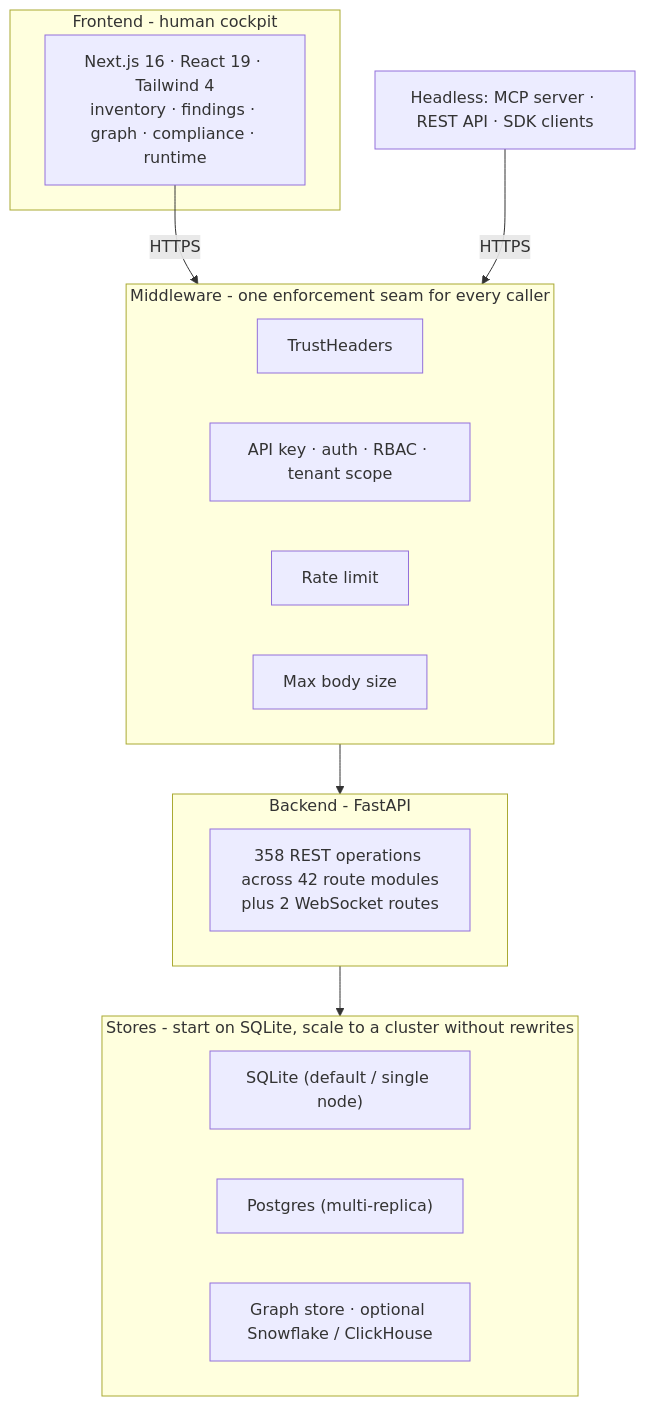
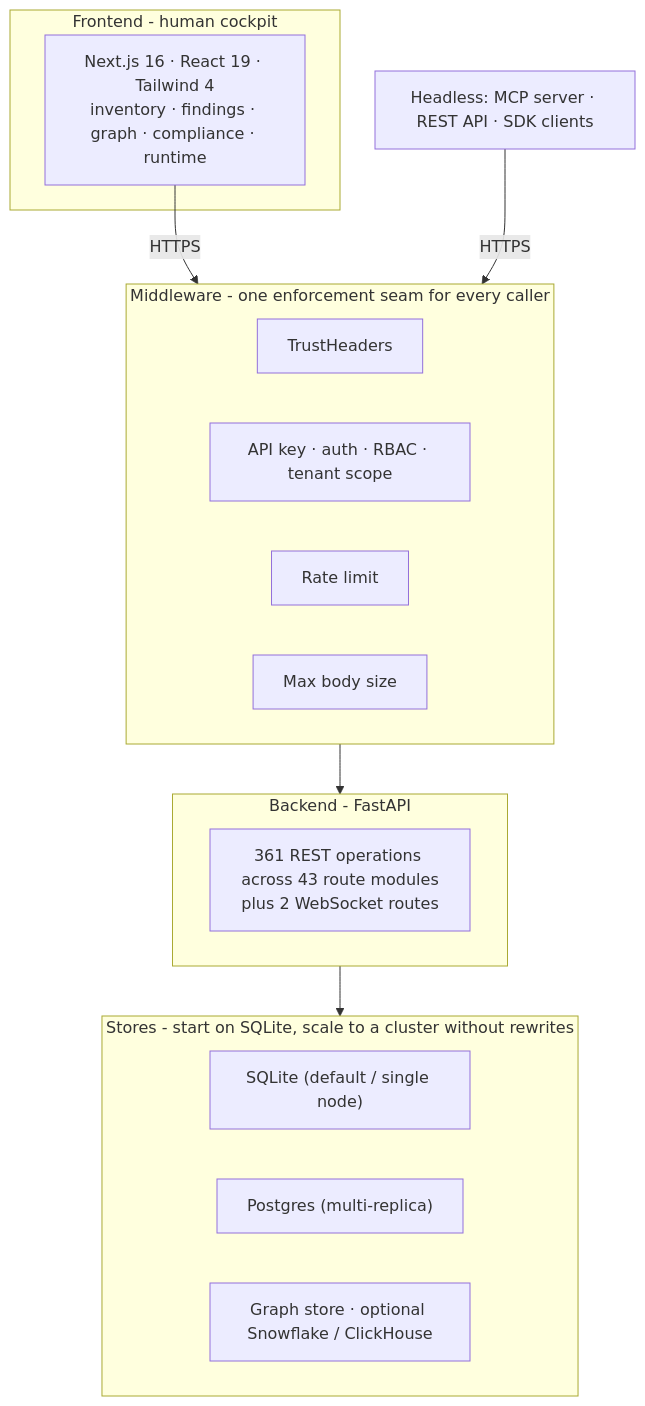
The fourth of 9 diagrams in docs/ARCHITECTURE.md (msaad00/agent-bom), drawn with Mermaid before and after one commit. The commit also changed 12 other files, not shown here.

````diff
--- a/docs/ARCHITECTURE.md
+++ b/docs/ARCHITECTURE.md
@@ -146,26 +146,27 @@
 ```mermaid
 flowchart TB
     subgraph FE["Frontend - human cockpit"]
         UI["Next.js 16 · React 19 · Tailwind 4\ninventory · findings · graph · compliance · runtime"]
     end
     subgraph MW["Middleware - one enforcement seam for every caller"]
         M1["TrustHeaders"]
         M2["API key · auth · RBAC · tenant scope"]
         M3["Rate limit"]
         M4["Max body size"]
     end
     subgraph BE["Backend - FastAPI"]
-        R["358 REST operations across 42 route modules\nplus 2 WebSocket routes"]
+        R["361 REST operations across 43 route modules
+plus 2 WebSocket routes"]
     end
     subgraph ST["Stores - start on SQLite, scale to a cluster without rewrites"]
         S1["SQLite (default / single node)"]
         S2["Postgres (multi-replica)"]
         S3["Graph store · optional Snowflake / ClickHouse"]
     end
 
     EXTAGENT["Headless: MCP server · REST API · SDK clients"]
 
     UI -->|HTTPS| MW
     EXTAGENT -->|HTTPS| MW
     MW --> BE --> ST
 ```
````
